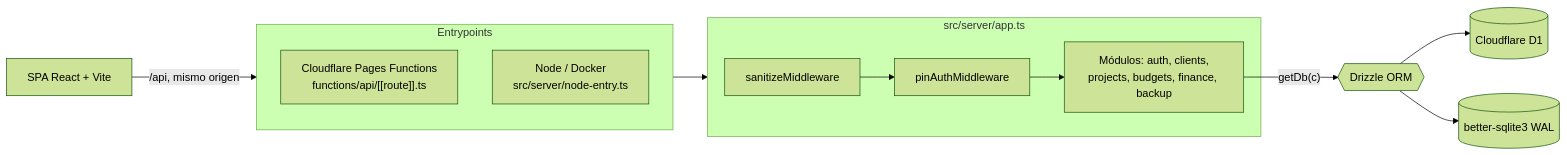
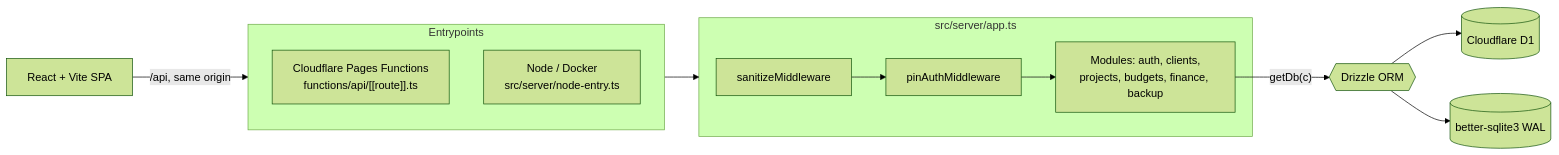
The diagram in README.md (alfonsojms/couvance-ops), drawn with Mermaid (forest theme) before and after one commit. The commit also changed other lines of this file and 3 other files, not shown here.

````diff
--- a/README.md
+++ b/README.md
@@ -62,19 +83,19 @@
 ```mermaid
 flowchart LR
-    SPA[SPA React + Vite] -->|/api, mismo origen| EP
+    SPA[React + Vite SPA] -->|/api, same origin| EP
 
     subgraph EP [Entrypoints]
         CF["Cloudflare Pages Functions<br/>functions/api/[[route]].ts"]
         NODE["Node / Docker<br/>src/server/node-entry.ts"]
     end
 
     EP --> APP
 
     subgraph APP [src/server/app.ts]
-        SAN[sanitizeMiddleware] --> AUTH[pinAuthMiddleware] --> MOD[Módulos: auth, clients,<br/>projects, budgets, finance, backup]
+        SAN[sanitizeMiddleware] --> AUTH[pinAuthMiddleware] --> MOD[Modules: auth, clients,<br/>projects, budgets, finance, backup]
     end
 
     MOD -->|"getDb(c)"| DB{{Drizzle ORM}}
     DB --> D1[(Cloudflare D1)]
     DB --> SQL[(better-sqlite3 WAL)]
 ```
````
